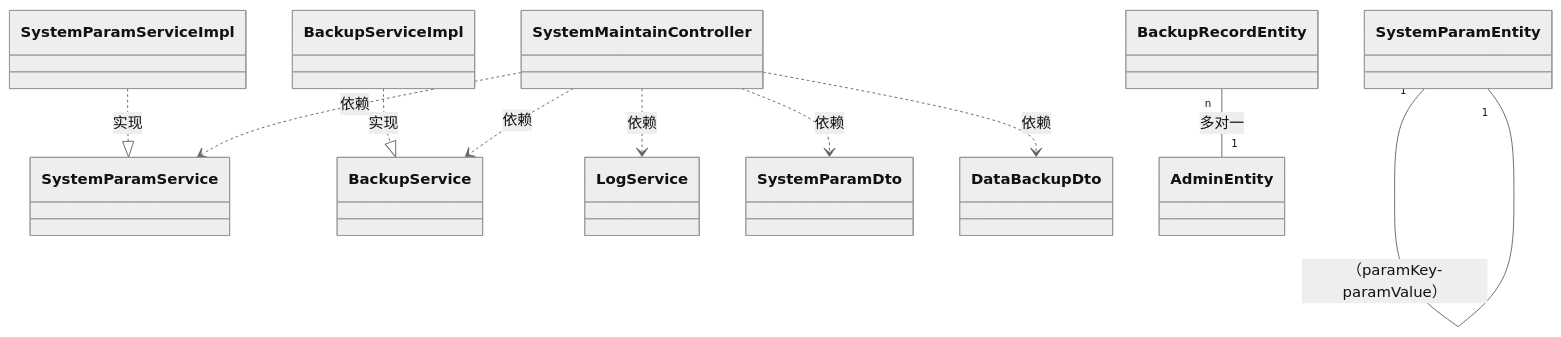
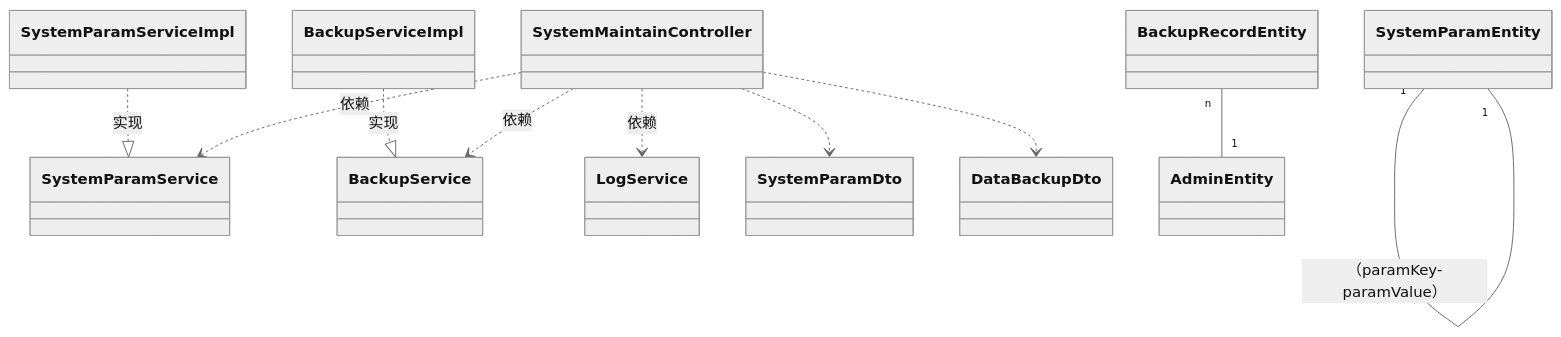
Before and after one commit to DEbalanceUX/iodraw-files: the diagram in all/未命名-2.md, drawn with Mermaid (neutral theme).

Commit message:
2025-12-11 14:57:45 update

````diff
--- a/all/未命名-2.md
+++ b/all/未命名-2.md
@@ -1,15 +1,15 @@
 ```mermaid
 classDiagram
     %% 关系定义
     SystemParamServiceImpl ..|> SystemParamService : 实现
     BackupServiceImpl ..|> BackupService : 实现
     SystemMaintainController ..> SystemParamService : 依赖
     SystemMaintainController ..> BackupService : 依赖
     SystemMaintainController ..> LogService : 依赖
-    SystemMaintainController ..> SystemParamDto : 依赖
-    SystemMaintainController ..> DataBackupDto : 依赖
+    SystemMaintainController ..> SystemParamDto
+    SystemMaintainController ..> DataBackupDto 
     SystemParamEntity "1" -- "1" SystemParamEntity : （paramKey-paramValue）
-    BackupRecordEntity "n" -- "1" AdminEntity : 多对一
+    BackupRecordEntity "n" -- "1" AdminEntity
 
    
 ```
````
